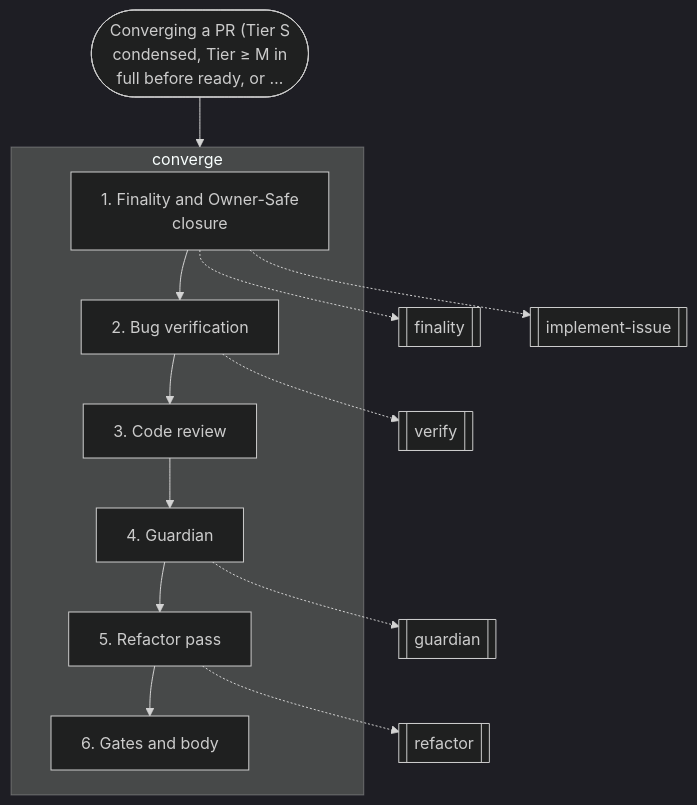
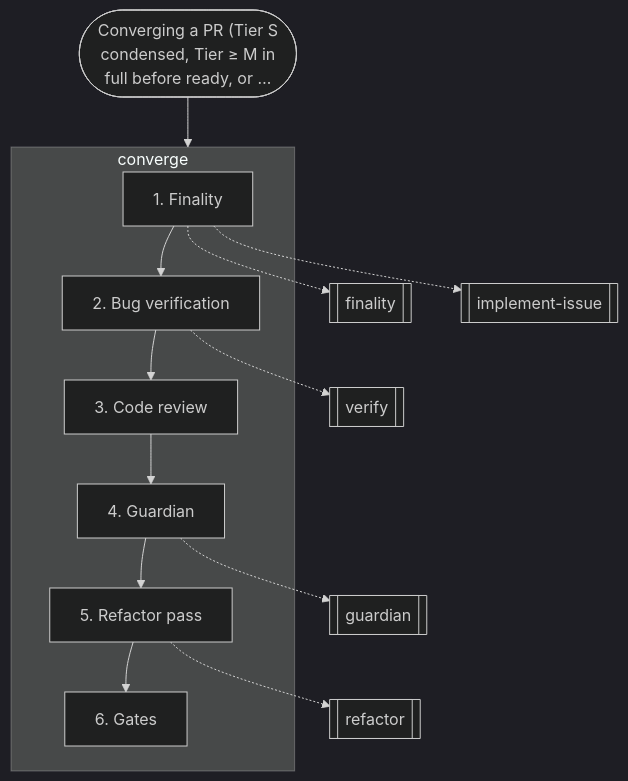
The seventh of 14 diagrams in docs/graphs.md (nitedani/mergeworthy), drawn with Mermaid (dark theme) before and after one commit. The commit also changed 7 other files, not shown here.

First line of the commit message:
One agent per loop, then one cold read; Owner-Safe closure last

````diff
--- a/docs/graphs.md
+++ b/docs/graphs.md
@@ -210,23 +210,23 @@
 ```mermaid
 flowchart TB
   start(["Converging a PR (Tier S<br/>condensed, Tier ≥ M in<br/>full before ready, or …"])
   subgraph g0["converge"]
-    s0["1. Finality and Owner-Safe<br/>closure"]
+    s0["1. Finality"]
     s1["2. Bug verification"]
     s0 --> s1
     s2["3. Code review"]
     s1 --> s2
     s3["4. Guardian"]
     s2 --> s3
     s4["5. Refactor pass"]
     s3 --> s4
-    s5["6. Gates and body"]
+    s5["6. Gates"]
     s4 --> s5
   end
   s0 -.-> r1[["finality"]]
   s0 -.-> r2[["implement-issue"]]
   s1 -.-> r3[["verify"]]
   s3 -.-> r4[["guardian"]]
   s4 -.-> r5[["refactor"]]
   start --> g0
 ```
````
